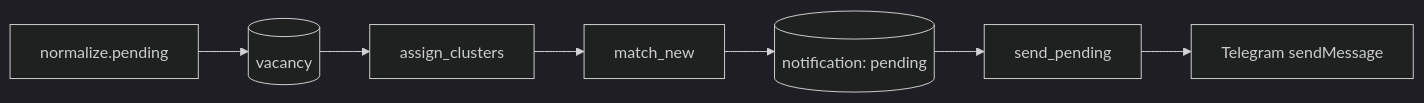
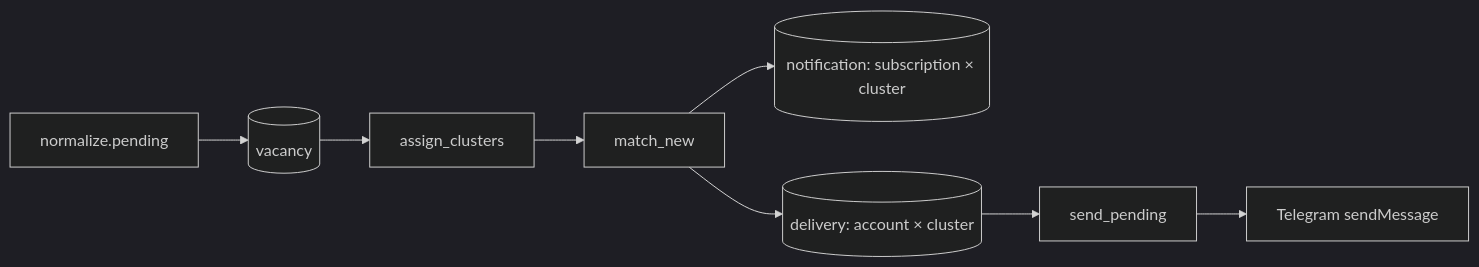
The second of 2 diagrams in docs/telegram.md (01IVAN10/vacancy-radar), drawn with Mermaid (dark theme) before and after one commit. The commit also changed other lines of this file and 30 other files, not shown here.

First line of the commit message:
fix: deliver each cluster once per account and keep failed sends retryable

````diff
--- a/docs/telegram.md
+++ b/docs/telegram.md
@@ -86,9 +86,10 @@
 ```mermaid
 flowchart LR
     N[normalize.pending] --> V[(vacancy)]
     V --> C[assign_clusters]
     C --> M[match_new]
-    M --> Q[(notification: pending)]
-    Q --> S[send_pending]
+    M --> X[(notification: subscription × cluster)]
+    M --> D[(delivery: account × cluster)]
+    D --> S[send_pending]
     S --> T[Telegram sendMessage]
 ```
````
